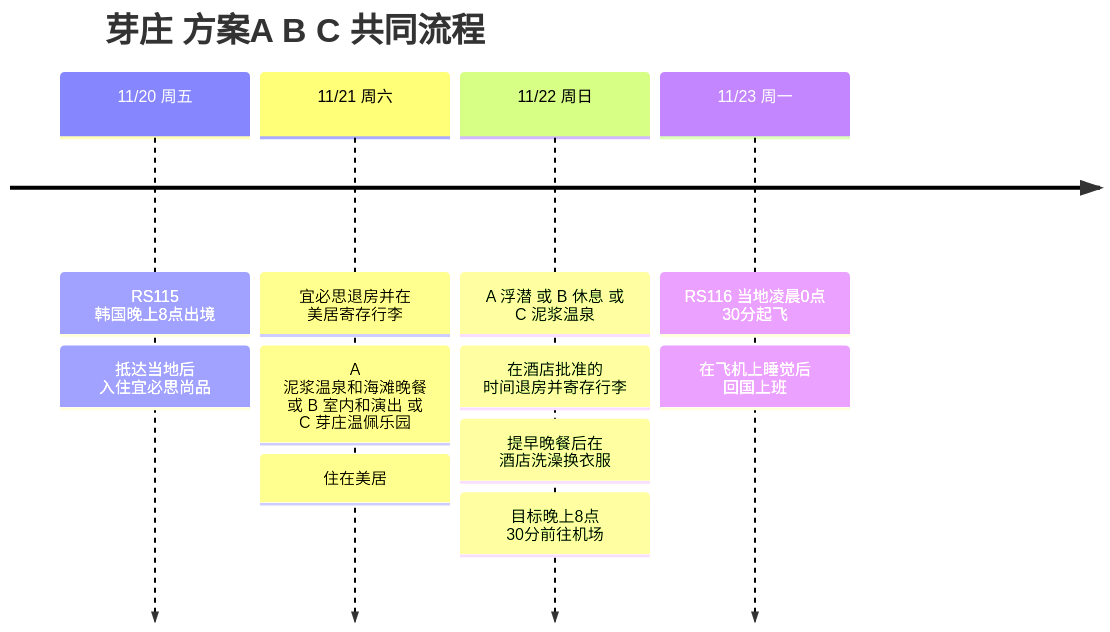
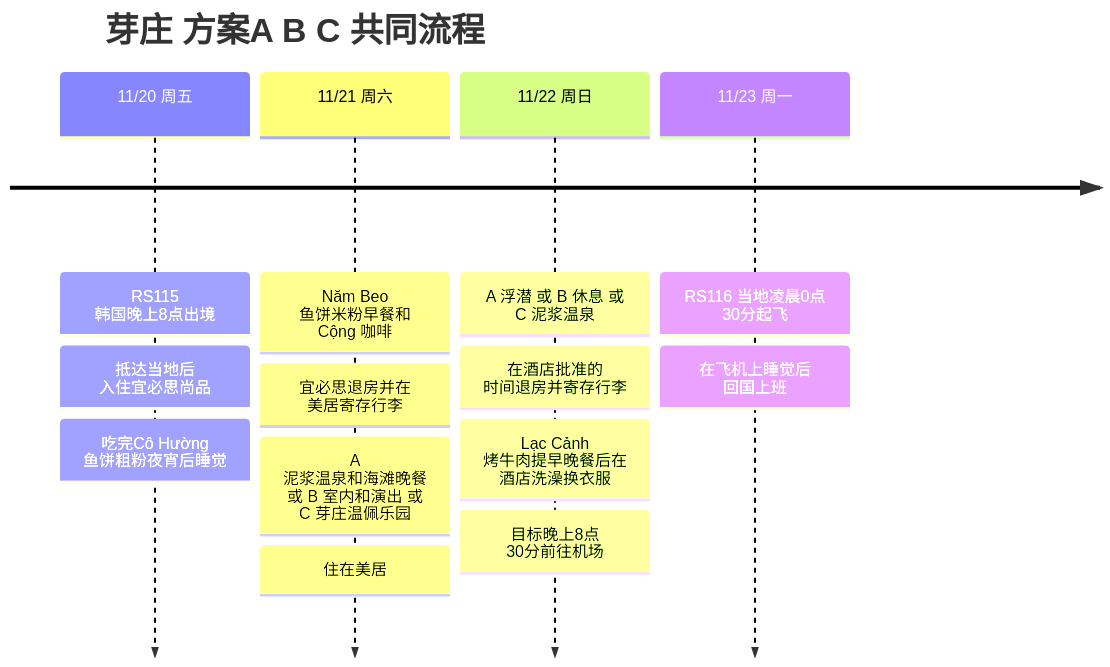
Before and after one commit to gongdongho12/commit-map: the diagram in src/content/postTranslations/2026-11-20-nha-trang-zh.md, drawn with Mermaid. The commit also changed other lines of this file and 3 other files, not shown here.

````diff
--- a/src/content/postTranslations/2026-11-20-nha-trang-zh.md
+++ b/src/content/postTranslations/2026-11-20-nha-trang-zh.md
@@ -50,15 +83,17 @@
 ```mermaid
 timeline
   title 芽庄 方案A B C 共同流程
   11/20 周五 : RS115 韩国晚上8点出境
              : 抵达当地后<br>入住宜必思尚品
-  11/21 周六 : 宜必思退房并在<br>美居寄存行李
+             : 吃完Cô Hường<br>鱼饼粗粉夜宵后睡觉
+  11/21 周六 : Năm Beo 鱼饼米粉早餐和<br>Cộng 咖啡
+             : 宜必思退房并在<br>美居寄存行李
              : A 泥浆温泉和海滩晚餐 或 B 室内和演出 或 C 芽庄温佩乐园
              : 住在美居
   11/22 周日 : A 浮潜 或 B 休息 或 C 泥浆温泉
              : 在酒店批准的<br>时间退房并寄存行李
-             : 提早晚餐后在<br>酒店洗澡换衣服
+             : Lạc Cảnh 烤牛肉提早晚餐后在<br>酒店洗澡换衣服
              : 目标晚上8点<br>30分前往机场
   11/23 周一 : RS116 当地凌晨0点<br>30分起飞
              : 在飞机上睡觉后<br>回国上班
 ```
````
